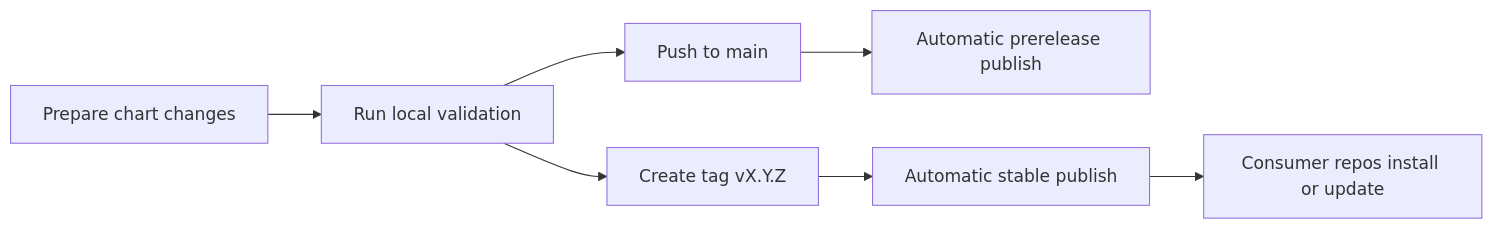
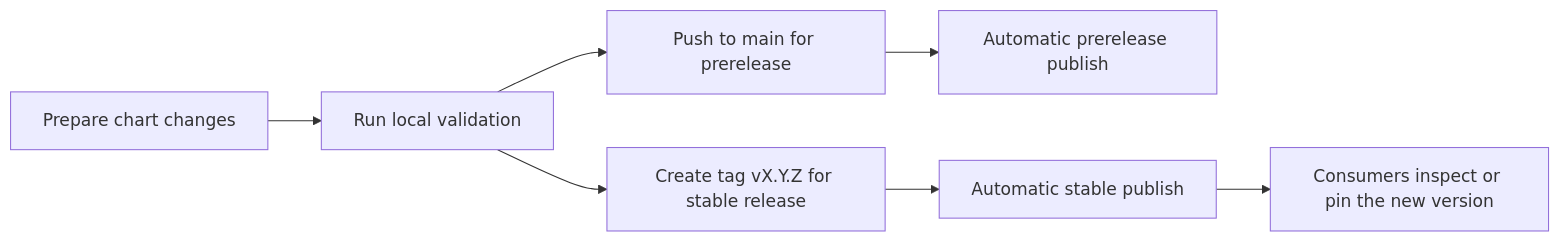
The diagram in docs/release-playbook.md (sanger-pathogens/dlh-in-a-box-umbrella-helm-chart), drawn with Mermaid before and after one commit. The commit also changed other lines of this file and 27 other files, not shown here.

Commit message:
Rewrite and simplify chart documentation

````diff
--- a/docs/release-playbook.md
+++ b/docs/release-playbook.md
@@ -8,9 +8,9 @@
 ```mermaid
 flowchart LR
   Change[Prepare chart changes] --> Validate[Run local validation]
-  Validate --> MainPush[Push to main]
+  Validate --> MainPush[Push to main for prerelease]
+  Validate --> Tag[Create tag vX.Y.Z for stable release]
   MainPush --> Prerelease[Automatic prerelease publish]
-  Validate --> Tag[Create tag vX.Y.Z]
   Tag --> Release[Automatic stable publish]
-  Release --> Consumer[Consumer repos install or update]
+  Release --> Consumer[Consumers inspect or pin the new version]
 ```
````
